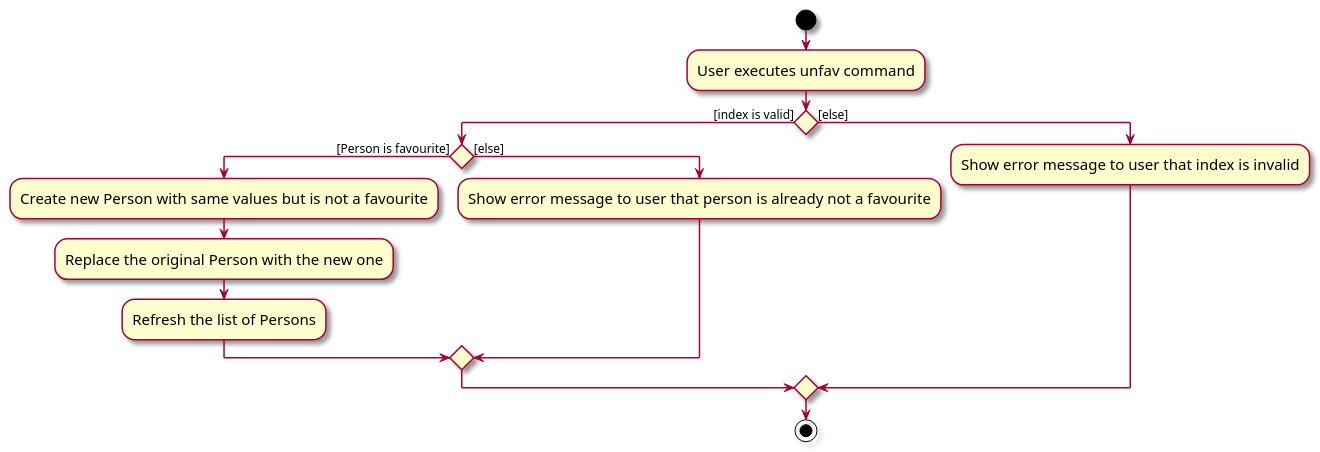
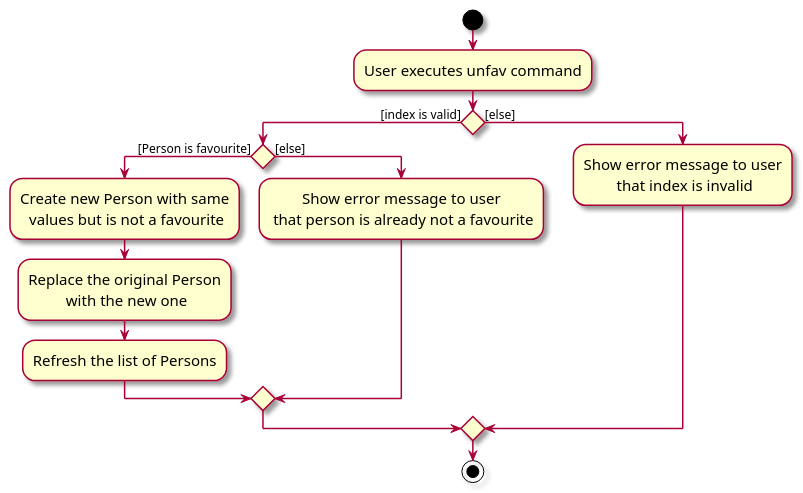
One commit to whitesnowx/tp changed the diagram in docs/diagrams/UnfavActivityDiagram.puml. Above: the diagram before and after it, drawn with PlantUML. The commit also changed 3 other files, not shown here.

Commit message:
Modify `fav` and `unfav` activity diagrams

```diff
--- a/docs/diagrams/UnfavActivityDiagram.puml
+++ b/docs/diagrams/UnfavActivityDiagram.puml
@@ -1,23 +1,25 @@
 @startuml
 skin rose
 skinparam ActivityFontSize 15
 skinparam ArrowFontSize 12
+skinparam DefaultTextAlignment center
+
 start
 :User executes unfav command;
 
 'Since the beta syntax does not support placing the condition outside the
 'diamond we place it as the true branch instead.
 
 if () then ([index is valid])
     if () then ([Person is favourite])
-        :Create new Person with same values but is not a favourite;
-        :Replace the original Person with the new one;
+        :Create new Person with same\n values but is not a favourite;
+        :Replace the original Person\n with the new one;
         :Refresh the list of Persons;
     else ([else])
-        :Show error message to user that person is already not a favourite;
+        :Show error message to user\n that person is already not a favourite;
     endif
 else ([else])
-    :Show error message to user that index is invalid;
+    :Show error message to user\n that index is invalid;
 endif
 stop
 @enduml
```
